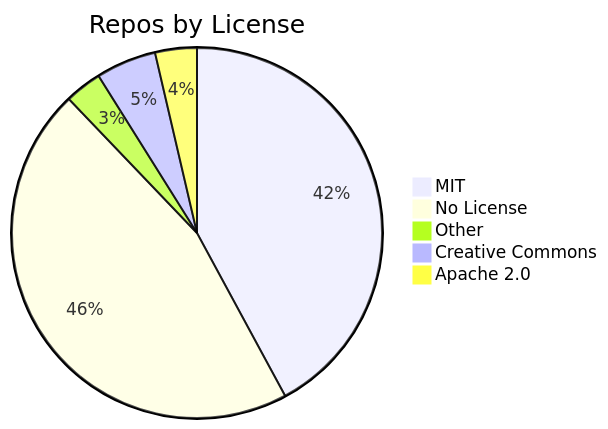
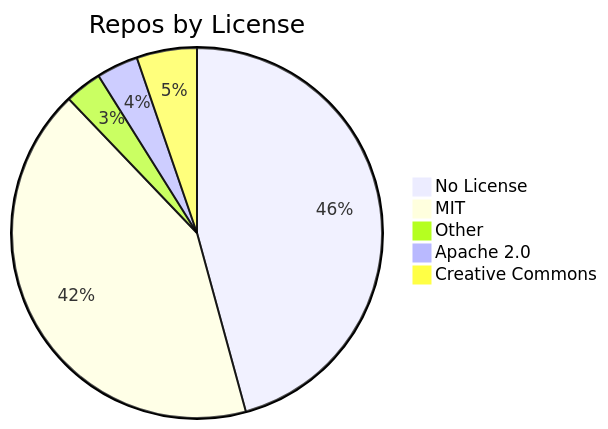
One commit to jpatterson933/awesome-mcp-server-repo-index changed the diagram in README.md. Above: the diagram before and after it, drawn with Mermaid. The commit also changed other lines of this file and 3 other files, not shown here.

````diff
--- a/README.md
+++ b/README.md
@@ -29,8 +29,8 @@
 ```mermaid
 pie title Repos by License
+    "No License" : 113
     "MIT" : 104
-    "No License" : 113
     "Other" : 8
+    "Apache 2.0" : 9
     "Creative Commons" : 13
-    "Apache 2.0" : 9
 ```
````
